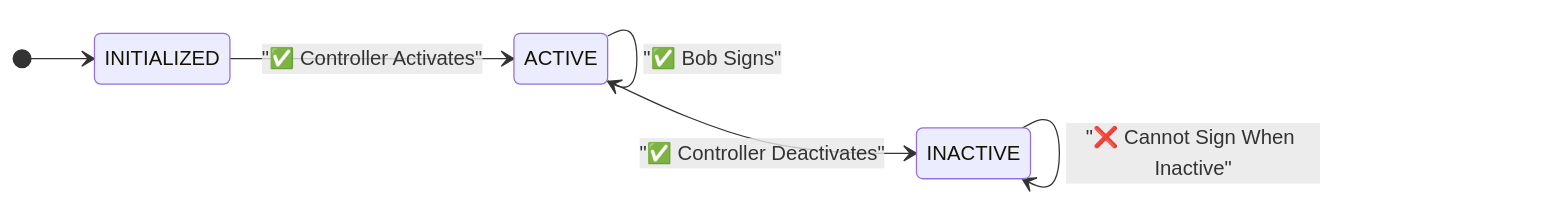
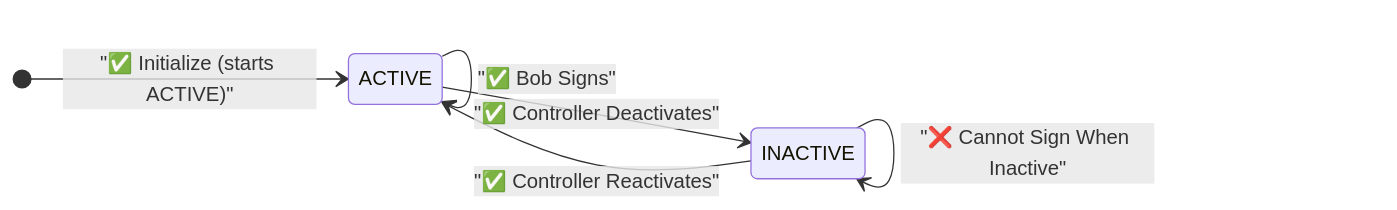
The third of 5 diagrams in lua-actor/src/tests/manifesto/manifesto.md (Consensys-Network-State/signet-execution-prototype), drawn with Mermaid before and after one commit. The commit also changed other lines of this file and 7 other files, not shown here.

````diff
--- a/lua-actor/src/tests/manifesto/manifesto.md
+++ b/lua-actor/src/tests/manifesto/manifesto.md
@@ -74,10 +70,10 @@
 ```mermaid
 stateDiagram-v2
     direction LR
-    [*] --> INITIALIZED
-    INITIALIZED --> ACTIVE: "✅ Controller Activates"
+    [*] --> ACTIVE: "✅ Initialize (starts ACTIVE)"
     ACTIVE --> ACTIVE: "✅ Alice Signs"
     ACTIVE --> ACTIVE: "✅ Bob Signs" 
     ACTIVE --> INACTIVE: "✅ Controller Deactivates"
+    INACTIVE --> ACTIVE: "✅ Controller Reactivates"
     INACTIVE --> INACTIVE: "❌ Cannot Sign When Inactive"
 ```
````
